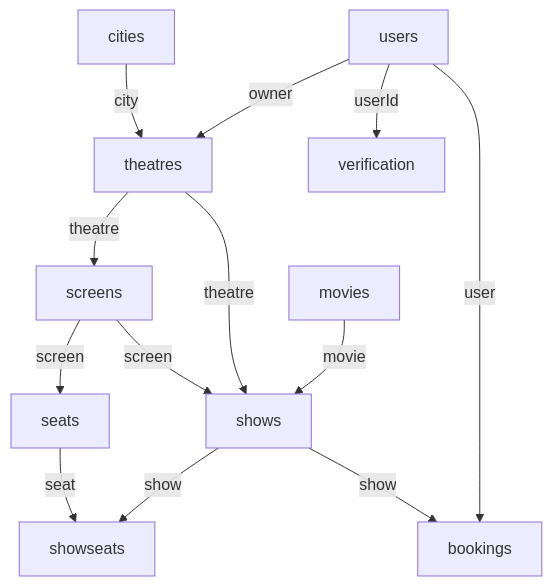
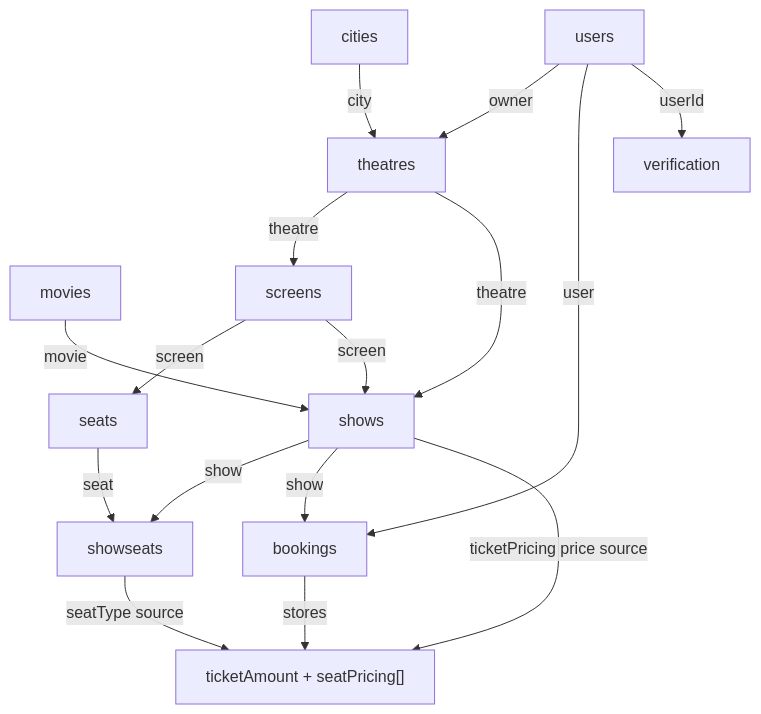
Before and after one commit to Shravan-509/BookMyShow: the diagram in docs/DATABASE_SCHEMA.md, drawn with Mermaid. The commit also changed other lines of this file and 13 other files, not shown here.

Commit message:
docs(show-seats): document Phase 4B booking and pricing integration

````diff
--- a/docs/DATABASE_SCHEMA.md
+++ b/docs/DATABASE_SCHEMA.md
@@ -212,27 +215,31 @@
 ```mermaid
 flowchart TD
 
     User["users"]
     Theatre["theatres"]
     City["cities"]
     Booking["bookings"]
     Verification["verification"]
     Movie["movies"]
     Screen["screens"]
     Seat["seats"]
     Show["shows"]
     ShowSeat["showseats"]
+    PriceSnapshot["ticketAmount + seatPricing[]"]
 
     User -->|owner| Theatre
     City -->|city| Theatre
     User -->|user| Booking
     User -->|userId| Verification
     Movie -->|movie| Show
     Theatre -->|theatre| Screen
     Screen -->|screen| Seat
     Theatre -->|theatre| Show
     Screen -->|screen| Show
     Show -->|show| ShowSeat
     Seat -->|seat| ShowSeat
     Show -->|show| Booking
+    Show -->|ticketPricing price source| PriceSnapshot
+    ShowSeat -->|seatType source| PriceSnapshot
+    Booking -->|stores| PriceSnapshot
 ```
````
